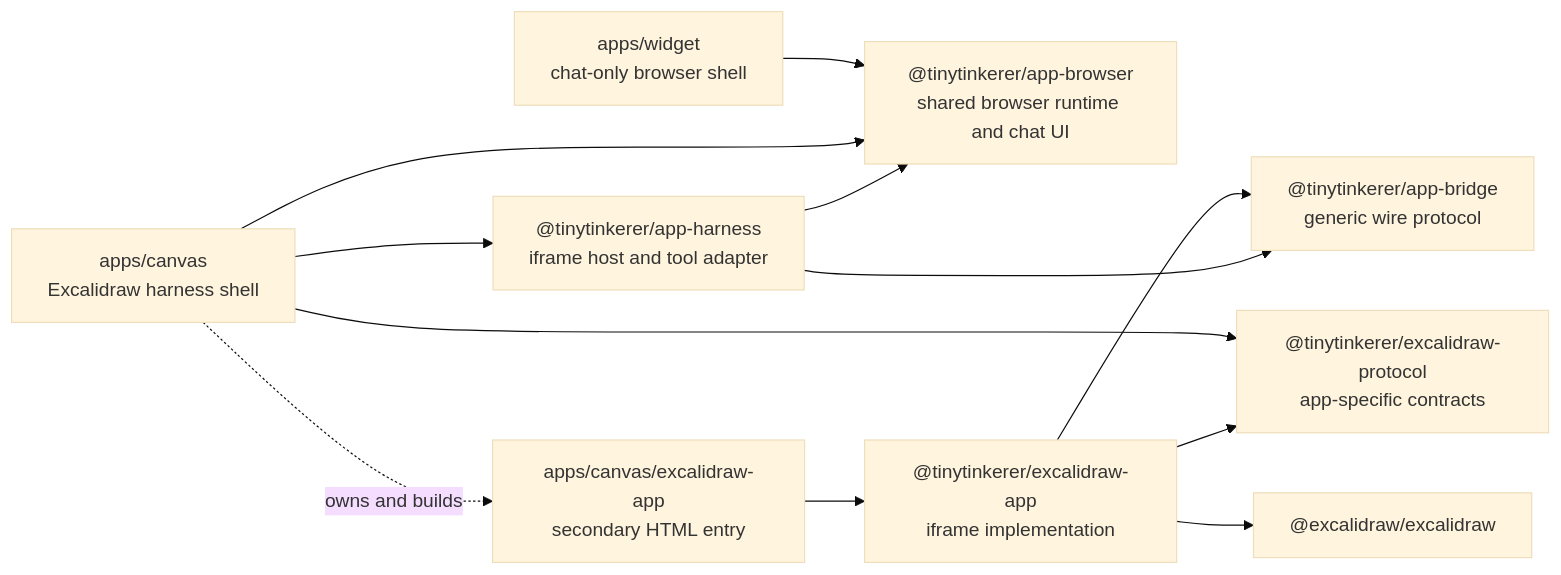
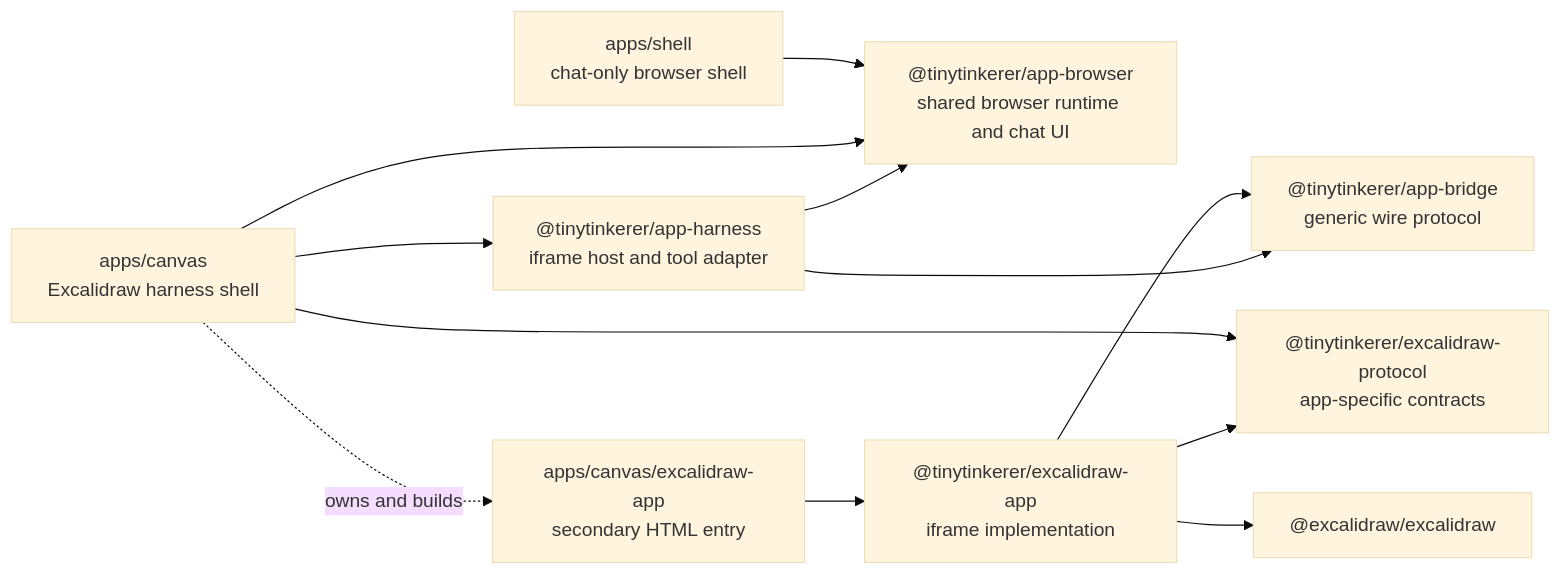
Before and after one commit to NNTin/tinytinkerer: the first of 12 diagrams in docs/app-harness.md, drawn with Mermaid (base theme). The commit also changed other lines of this file and 91 other files, not shown here.

````diff
--- a/docs/app-harness.md
+++ b/docs/app-harness.md
@@ -32,28 +32,28 @@
 ```mermaid
 flowchart LR
-  widget["apps/widget<br/>chat-only browser shell"]
+  widget["apps/shell<br/>chat-only browser shell"]
   canvas["apps/canvas<br/>Excalidraw harness shell"]
   canvasEntry["apps/canvas/excalidraw-app<br/>secondary HTML entry"]
 
   browser["@tinytinkerer/app-browser<br/>shared browser runtime and chat UI"]
   harness["@tinytinkerer/app-harness<br/>iframe host and tool adapter"]
   protocol["@tinytinkerer/excalidraw-protocol<br/>app-specific contracts"]
   bridge["@tinytinkerer/app-bridge<br/>generic wire protocol"]
   excalidrawApp["@tinytinkerer/excalidraw-app<br/>iframe implementation"]
   excalidraw["@excalidraw/excalidraw"]
 
   widget --> browser
 
   canvas --> browser
   canvas --> harness
   canvas --> protocol
   canvas -. owns and builds .-> canvasEntry
 
   canvasEntry --> excalidrawApp
   excalidrawApp --> protocol
   excalidrawApp --> bridge
   excalidrawApp --> excalidraw
 
   harness --> browser
   harness --> bridge
 ```
````
